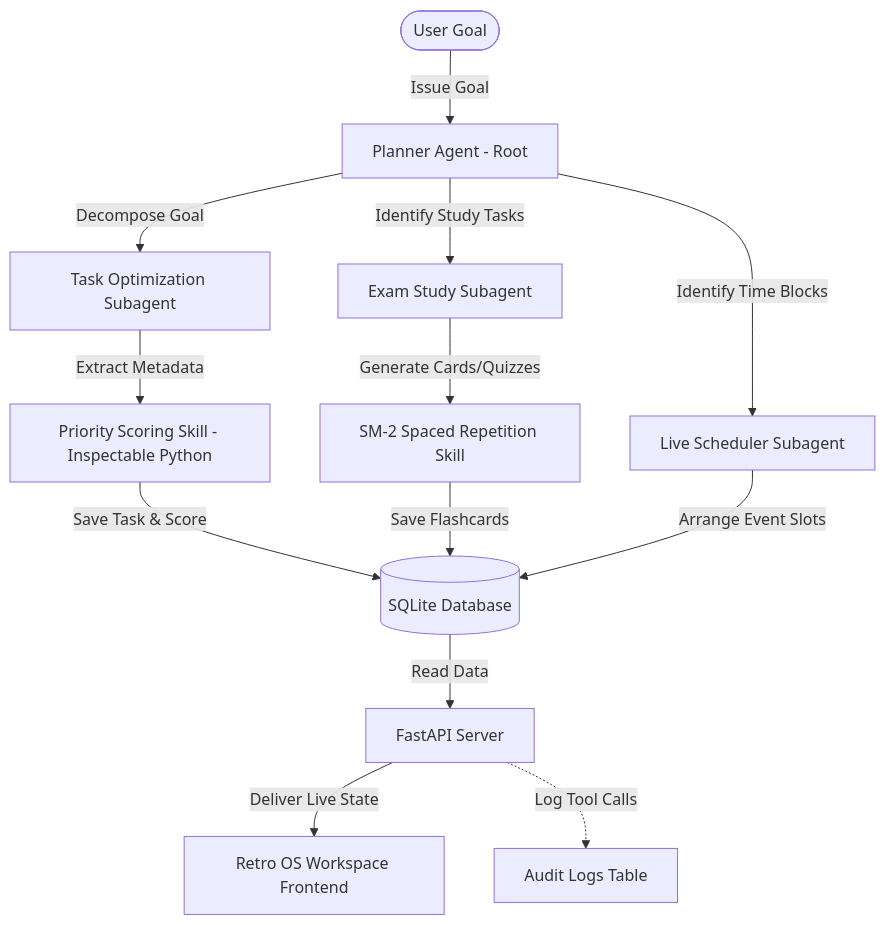
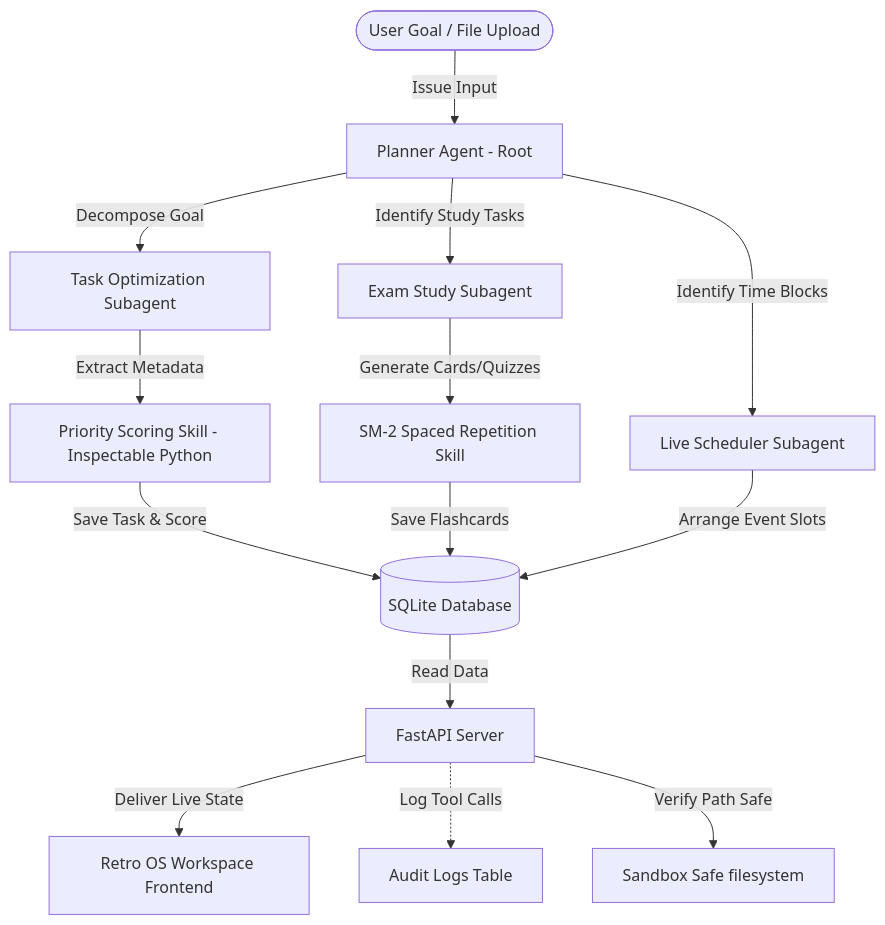
The diagram in README.md (erica-maitri/synapse-study-orchestrator_ai), drawn with Mermaid before and after one commit. The commit also changed other lines of this file, not shown here.

Commit message:
docs: write comprehensive, professional README.md covering tech stack, algorithms, and sandbox architecture

````diff
--- a/README.md
+++ b/README.md
@@ -11,19 +39,20 @@
 ```mermaid
 flowchart TD
-    User([User Goal]) -->|Issue Goal| Planner[Planner Agent - Root]
+    User([User Goal / File Upload]) -->|Issue Input| Planner[Planner Agent - Root]
     Planner -->|Decompose Goal| TaskOpt[Task Optimization Subagent]
     TaskOpt -->|Extract Metadata| Priority[Priority Scoring Skill - Inspectable Python]
     Priority -->|Save Task & Score| DB[(SQLite Database)]
     
     Planner -->|Identify Study Tasks| Study[Exam Study Subagent]
     Study -->|Generate Cards/Quizzes| SM2[SM-2 Spaced Repetition Skill]
     SM2 -->|Save Flashcards| DB
     
     Planner -->|Identify Time Blocks| Scheduler[Live Scheduler Subagent]
     Scheduler -->|Arrange Event Slots| DB
     
     DB -->|Read Data| API[FastAPI Server]
     API -->|Deliver Live State| UI[Retro OS Workspace Frontend]
     
     API -.->|Log Tool Calls| Audit[Audit Logs Table]
+    API -->|Verify Path Safe| Sandbox[Sandbox Safe filesystem]
 ```
````
